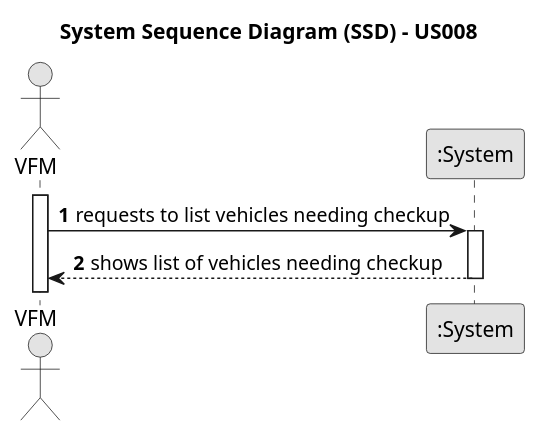
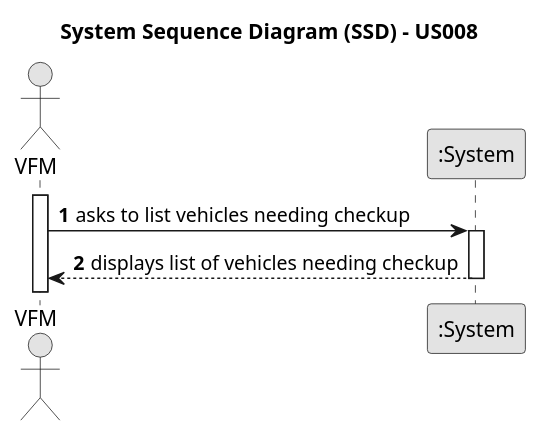
One commit to ricardomm7/leaflink changed the diagram in docs/sprintB/us008/01.requirements-engineering/puml/us008-system-sequence-diagram-alternative-one.puml. Above: the diagram before and after it, drawn with PlantUML. The commit also changed 6 other files, not shown here.

```diff
--- a/docs/sprintB/us008/01.requirements-engineering/puml/us008-system-sequence-diagram-alternative-one.puml
+++ b/docs/sprintB/us008/01.requirements-engineering/puml/us008-system-sequence-diagram-alternative-one.puml
@@ -1,21 +1,21 @@
 @startuml
 skinparam monochrome true
 skinparam packageStyle rectangle
 skinparam shadowing false
 
 title System Sequence Diagram (SSD) - US008
 
 autonumber
 
 actor "VFM" as VFM
 participant ":System" as System
 
 activate VFM
 
-        VFM -> System : requests to list vehicles needing checkup
+        VFM -> System : asks to list vehicles needing checkup
         activate System
 
-            System --> VFM : shows list of vehicles needing checkup
+            System --> VFM : displays list of vehicles needing checkup
         deactivate System
 
 @enduml
```
